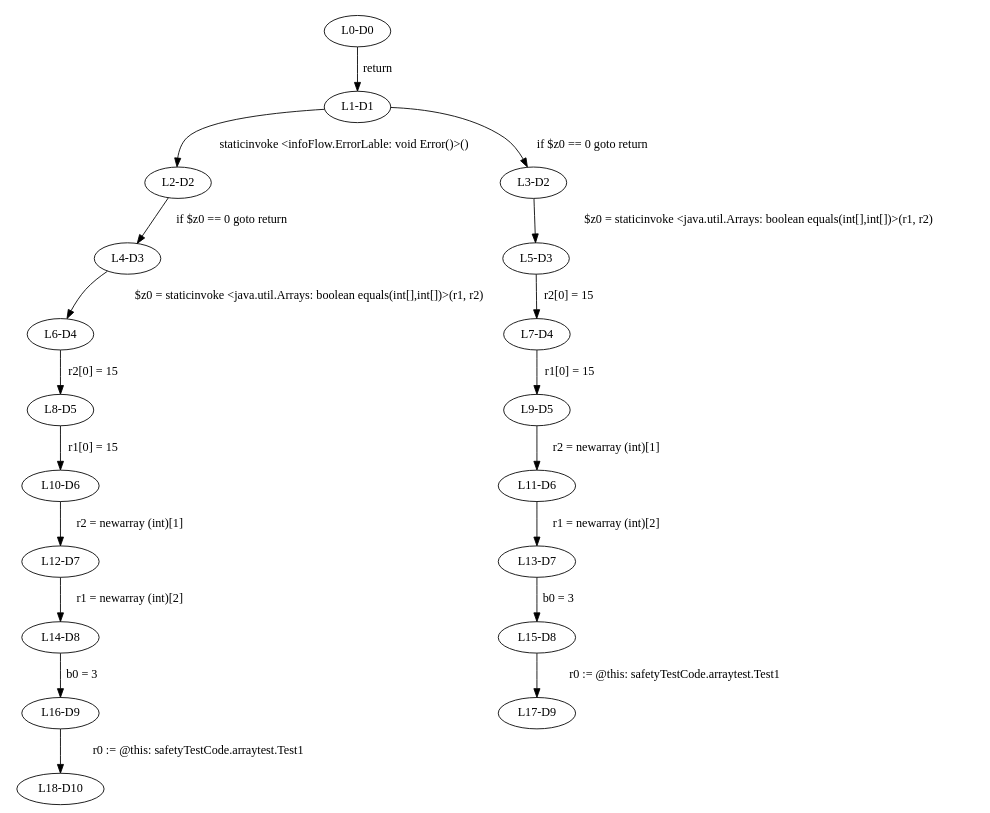
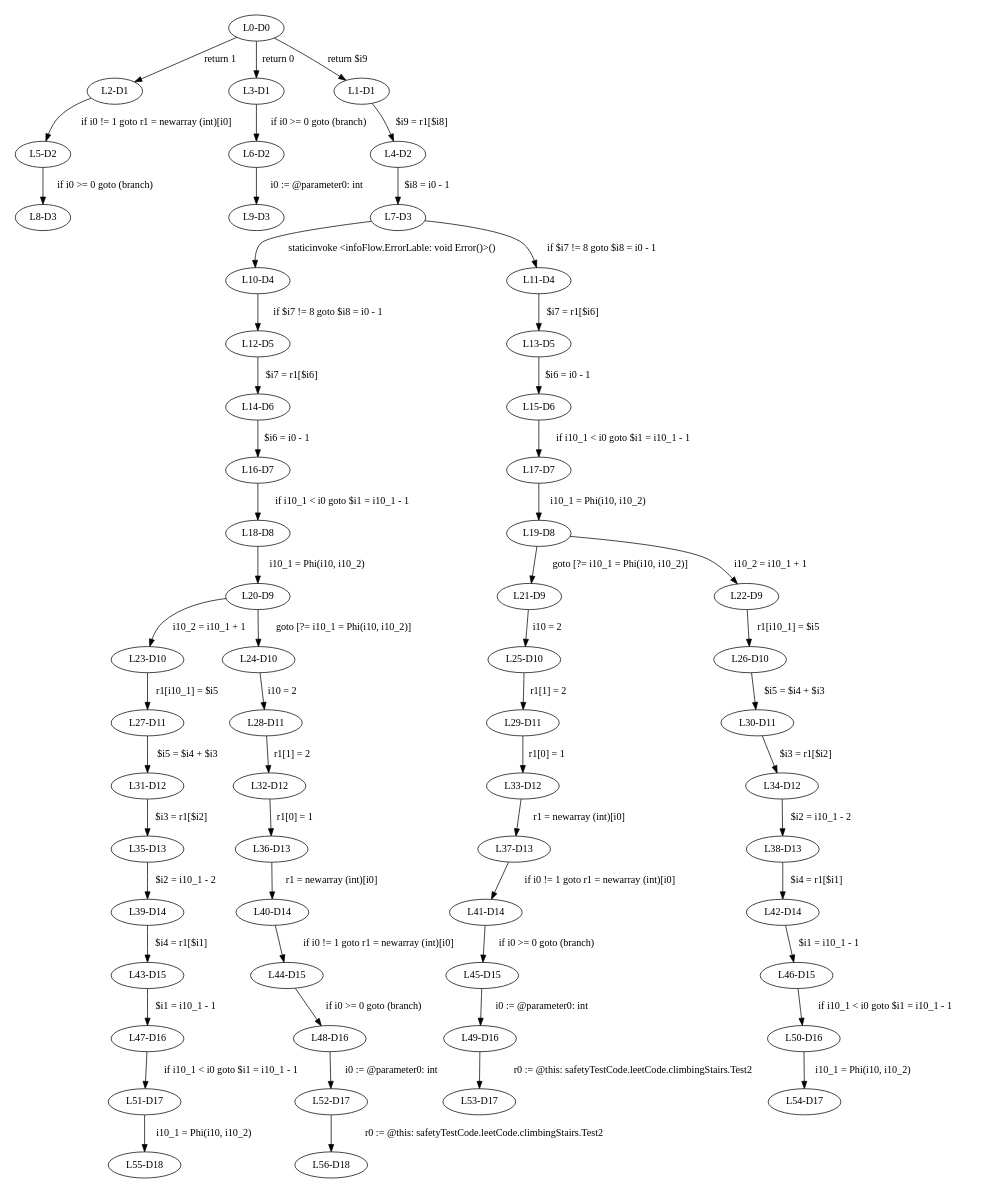
Before and after one commit to gt-wunderhorn/gt-wunderhorn: the diagram in SafetyChecker2/_all.dot, drawn with Graphviz. The commit also changed 1540 other files, not shown here.

```diff
--- a/SafetyChecker2/_all.dot
+++ b/SafetyChecker2/_all.dot
@@ -1,23 +1,61 @@
 digraph { 
 	ratio="fill";
 	size="8.3,11.7!";
 	margin=0;
-	"L0-D0" -> "L1-D1"[label="return"];
-	"L1-D1" -> "L2-D2"[label="staticinvoke <infoFlow.ErrorLable: void Error()>()"];
-	"L1-D1" -> "L3-D2"[label="if $z0 == 0 goto return"];
-	"L2-D2" -> "L4-D3"[label="if $z0 == 0 goto return"];
-	"L3-D2" -> "L5-D3"[label="$z0 = staticinvoke <java.util.Arrays: boolean equals(int[],int[])>(r1, r2)"];
-	"L4-D3" -> "L6-D4"[label="$z0 = staticinvoke <java.util.Arrays: boolean equals(int[],int[])>(r1, r2)"];
-	"L5-D3" -> "L7-D4"[label="r2[0] = 15"];
-	"L6-D4" -> "L8-D5"[label="r2[0] = 15"];
-	"L7-D4" -> "L9-D5"[label="r1[0] = 15"];
-	"L8-D5" -> "L10-D6"[label="r1[0] = 15"];
-	"L9-D5" -> "L11-D6"[label="r2 = newarray (int)[1]"];
-	"L10-D6" -> "L12-D7"[label="r2 = newarray (int)[1]"];
-	"L11-D6" -> "L13-D7"[label="r1 = newarray (int)[2]"];
-	"L12-D7" -> "L14-D8"[label="r1 = newarray (int)[2]"];
-	"L13-D7" -> "L15-D8"[label="b0 = 3"];
-	"L14-D8" -> "L16-D9"[label="b0 = 3"];
-	"L15-D8" -> "L17-D9"[label="r0 := @this: safetyTestCode.arraytest.Test1"];
-	"L16-D9" -> "L18-D10"[label="r0 := @this: safetyTestCode.arraytest.Test1"];
+	"L0-D0" -> "L2-D1"[label="return 1"];
+	"L0-D0" -> "L3-D1"[label="return 0"];
+	"L0-D0" -> "L1-D1"[label="return $i9"];
+	"L2-D1" -> "L5-D2"[label="if i0 != 1 goto r1 = newarray (int)[i0]"];
+	"L3-D1" -> "L6-D2"[label="if i0 >= 0 goto (branch)"];
+	"L1-D1" -> "L4-D2"[label="$i9 = r1[$i8]"];
+	"L5-D2" -> "L8-D3"[label="if i0 >= 0 goto (branch)"];
+	"L6-D2" -> "L9-D3"[label="i0 := @parameter0: int"];
+	"L4-D2" -> "L7-D3"[label="$i8 = i0 - 1"];
+	"L7-D3" -> "L10-D4"[label="staticinvoke <infoFlow.ErrorLable: void Error()>()"];
+	"L7-D3" -> "L11-D4"[label="if $i7 != 8 goto $i8 = i0 - 1"];
+	"L10-D4" -> "L12-D5"[label="if $i7 != 8 goto $i8 = i0 - 1"];
+	"L11-D4" -> "L13-D5"[label="$i7 = r1[$i6]"];
+	"L12-D5" -> "L14-D6"[label="$i7 = r1[$i6]"];
+	"L13-D5" -> "L15-D6"[label="$i6 = i0 - 1"];
+	"L14-D6" -> "L16-D7"[label="$i6 = i0 - 1"];
+	"L15-D6" -> "L17-D7"[label="if i10_1 < i0 goto $i1 = i10_1 - 1"];
+	"L16-D7" -> "L18-D8"[label="if i10_1 < i0 goto $i1 = i10_1 - 1"];
+	"L17-D7" -> "L19-D8"[label="i10_1 = Phi(i10, i10_2)"];
+	"L18-D8" -> "L20-D9"[label="i10_1 = Phi(i10, i10_2)"];
+	"L19-D8" -> "L21-D9"[label="goto [?= i10_1 = Phi(i10, i10_2)]"];
+	"L19-D8" -> "L22-D9"[label="i10_2 = i10_1 + 1"];
+	"L20-D9" -> "L23-D10"[label="i10_2 = i10_1 + 1"];
+	"L20-D9" -> "L24-D10"[label="goto [?= i10_1 = Phi(i10, i10_2)]"];
+	"L21-D9" -> "L25-D10"[label="i10 = 2"];
+	"L22-D9" -> "L26-D10"[label="r1[i10_1] = $i5"];
+	"L23-D10" -> "L27-D11"[label="r1[i10_1] = $i5"];
+	"L24-D10" -> "L28-D11"[label="i10 = 2"];
+	"L25-D10" -> "L29-D11"[label="r1[1] = 2"];
+	"L26-D10" -> "L30-D11"[label="$i5 = $i4 + $i3"];
+	"L27-D11" -> "L31-D12"[label="$i5 = $i4 + $i3"];
+	"L28-D11" -> "L32-D12"[label="r1[1] = 2"];
+	"L29-D11" -> "L33-D12"[label="r1[0] = 1"];
+	"L30-D11" -> "L34-D12"[label="$i3 = r1[$i2]"];
+	"L31-D12" -> "L35-D13"[label="$i3 = r1[$i2]"];
+	"L32-D12" -> "L36-D13"[label="r1[0] = 1"];
+	"L33-D12" -> "L37-D13"[label="r1 = newarray (int)[i0]"];
+	"L34-D12" -> "L38-D13"[label="$i2 = i10_1 - 2"];
+	"L35-D13" -> "L39-D14"[label="$i2 = i10_1 - 2"];
+	"L36-D13" -> "L40-D14"[label="r1 = newarray (int)[i0]"];
+	"L37-D13" -> "L41-D14"[label="if i0 != 1 goto r1 = newarray (int)[i0]"];
+	"L38-D13" -> "L42-D14"[label="$i4 = r1[$i1]"];
+	"L39-D14" -> "L43-D15"[label="$i4 = r1[$i1]"];
+	"L40-D14" -> "L44-D15"[label="if i0 != 1 goto r1 = newarray (int)[i0]"];
+	"L41-D14" -> "L45-D15"[label="if i0 >= 0 goto (branch)"];
+	"L42-D14" -> "L46-D15"[label="$i1 = i10_1 - 1"];
+	"L43-D15" -> "L47-D16"[label="$i1 = i10_1 - 1"];
+	"L44-D15" -> "L48-D16"[label="if i0 >= 0 goto (branch)"];
+	"L45-D15" -> "L49-D16"[label="i0 := @parameter0: int"];
+	"L46-D15" -> "L50-D16"[label="if i10_1 < i0 goto $i1 = i10_1 - 1"];
+	"L47-D16" -> "L51-D17"[label="if i10_1 < i0 goto $i1 = i10_1 - 1"];
+	"L48-D16" -> "L52-D17"[label="i0 := @parameter0: int"];
+	"L49-D16" -> "L53-D17"[label="r0 := @this: safetyTestCode.leetCode.climbingStairs.Test2"];
+	"L50-D16" -> "L54-D17"[label="i10_1 = Phi(i10, i10_2)"];
+	"L51-D17" -> "L55-D18"[label="i10_1 = Phi(i10, i10_2)"];
+	"L52-D17" -> "L56-D18"[label="r0 := @this: safetyTestCode.leetCode.climbingStairs.Test2"];
 }
```
